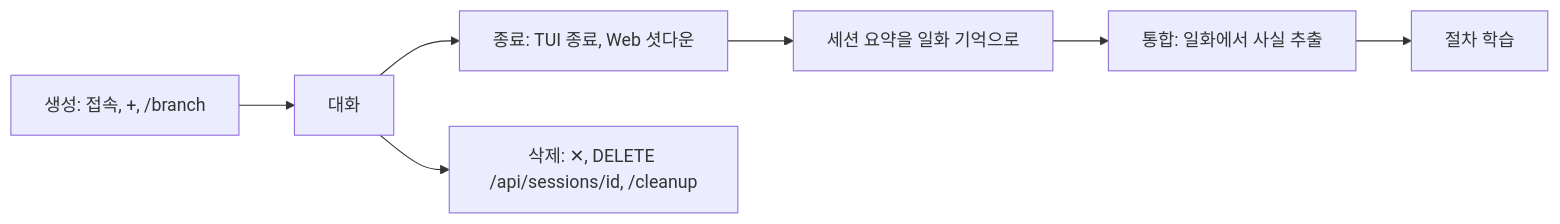
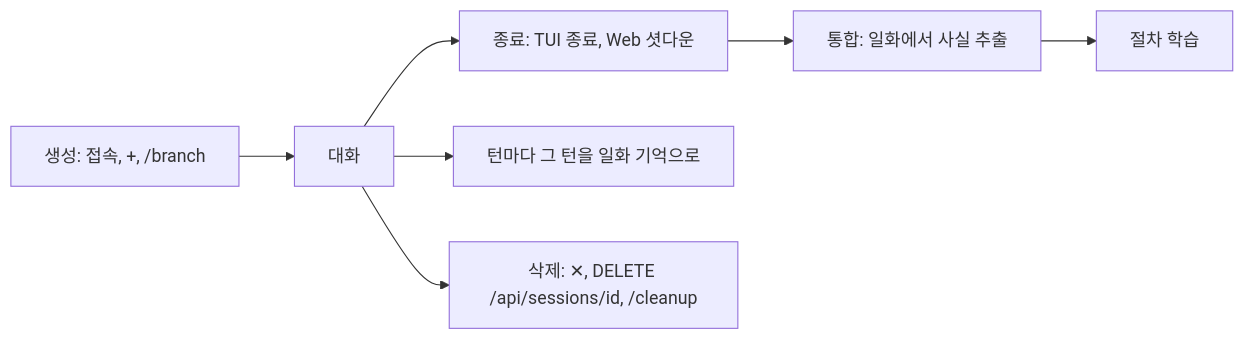
Before and after one commit to ash-hun/jarvis-agent: the first of 2 diagrams in website/docs/concepts/conversation/sessions.md, drawn with Mermaid. The commit also changed other lines of this file and 17 other files, not shown here.

````diff
--- a/website/docs/concepts/conversation/sessions.md
+++ b/website/docs/concepts/conversation/sessions.md
@@ -42,9 +42,9 @@
 ```mermaid
 flowchart LR
   C[생성: 접속, +, /branch] --> A[대화]
   A --> E[종료: TUI 종료, Web 셧다운]
-  E --> S1[세션 요약을 일화 기억으로]
-  S1 --> S2[통합: 일화에서 사실 추출]
+  A --> T[턴마다 그 턴을 일화 기억으로]
+  E --> S2[통합: 일화에서 사실 추출]
   S2 --> S3[절차 학습]
   A --> D[삭제: ✕, DELETE /api/sessions/id, /cleanup]
 ```
````
